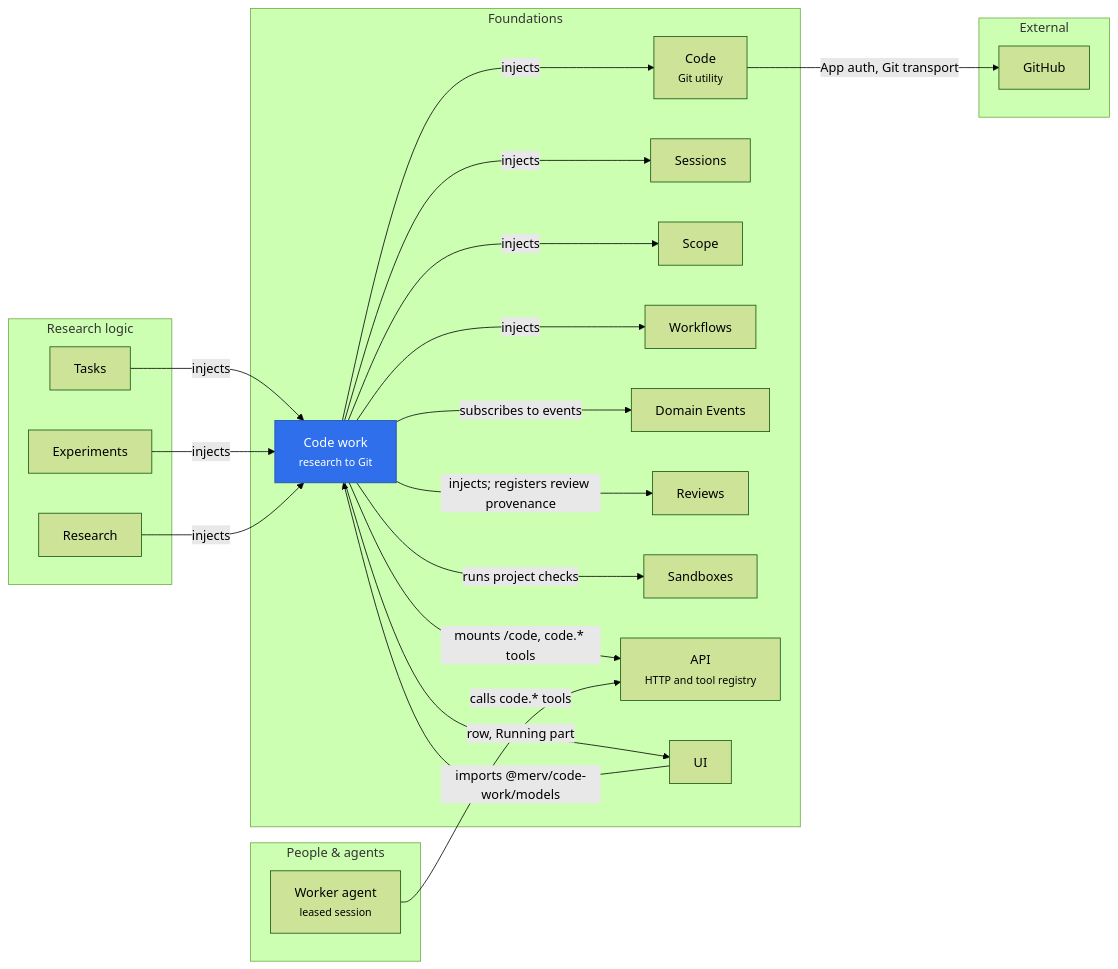
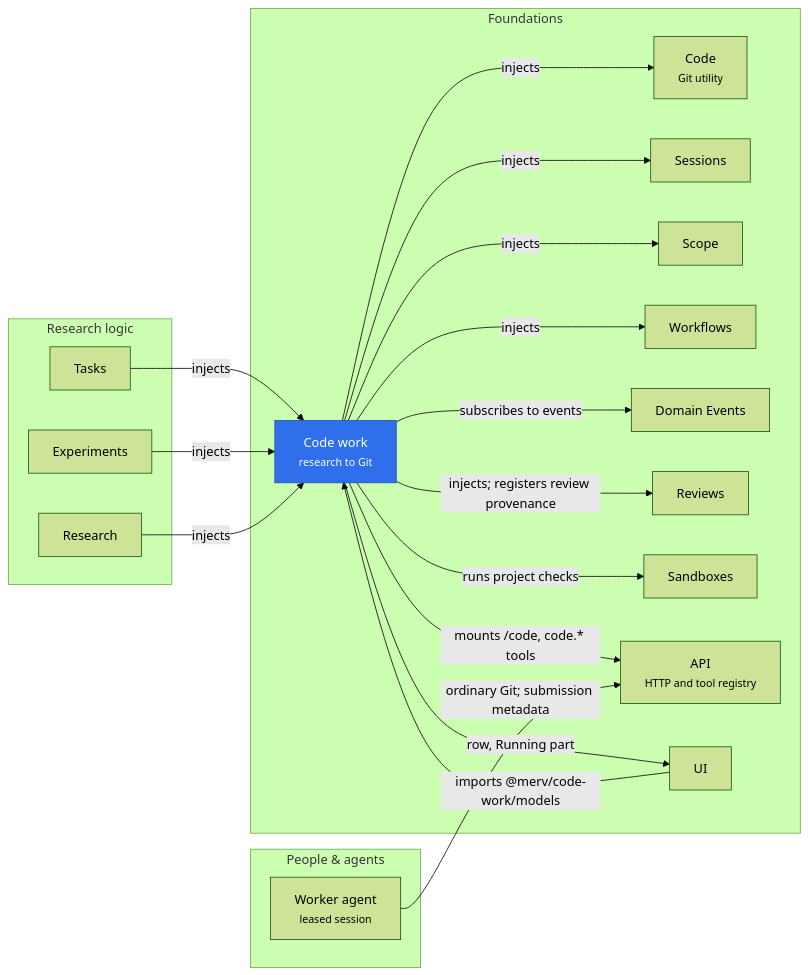
Before and after one commit to rapidreview-io/Merv: the diagram in merv-typescript/packages/code-work/README.md, drawn with Mermaid (forest theme). The commit also changed other lines of this file and 213 other files, not shown here.

````diff
--- a/merv-typescript/packages/code-work/README.md
+++ b/merv-typescript/packages/code-work/README.md
@@ -29,43 +28,39 @@
 ```mermaid
 flowchart LR
   subgraph people["People & agents"]
     worker["Worker agent<br/><small>leased session</small>"]
   end
   subgraph researchLayer["Research logic"]
     tasks[Tasks]
     experiments[Experiments]
     research[Research]
   end
   subgraph foundations["Foundations"]
     codeWork["Code work<br/><small>research to Git</small>"]
     code["Code<br/><small>Git utility</small>"]
     sessions[Sessions]
     scope[Scope]
     workflows[Workflows]
     domainEvents[Domain Events]
     reviews[Reviews]
     sandboxes[Sandboxes]
     api["API<br/><small>HTTP and tool registry</small>"]
     ui[UI]
   end
-  subgraph external["External"]
-    github[GitHub]
-  end
   tasks -- "injects" --> codeWork
   experiments -- "injects" --> codeWork
   research -- "injects" --> codeWork
   codeWork -- "injects" --> code
   codeWork -- "injects" --> sessions
   codeWork -- "injects" --> scope
   codeWork -- "injects" --> workflows
   codeWork -- "subscribes to events" --> domainEvents
   codeWork -- "injects; registers review provenance" --> reviews
   codeWork -- "runs project checks" --> sandboxes
   codeWork -- "mounts /code, code.* tools" --> api
   codeWork -- "row, Running part" --> ui
   ui -- "imports @merv/code-work/models" --> codeWork
-  worker -- "calls code.* tools" --> api
-  code -- "App auth, Git transport" --> github
+  worker -- "ordinary Git; submission metadata" --> api
   classDef self fill:#2f6feb,color:#fff,stroke:#1f4fb0
   class codeWork self
 ```
````
